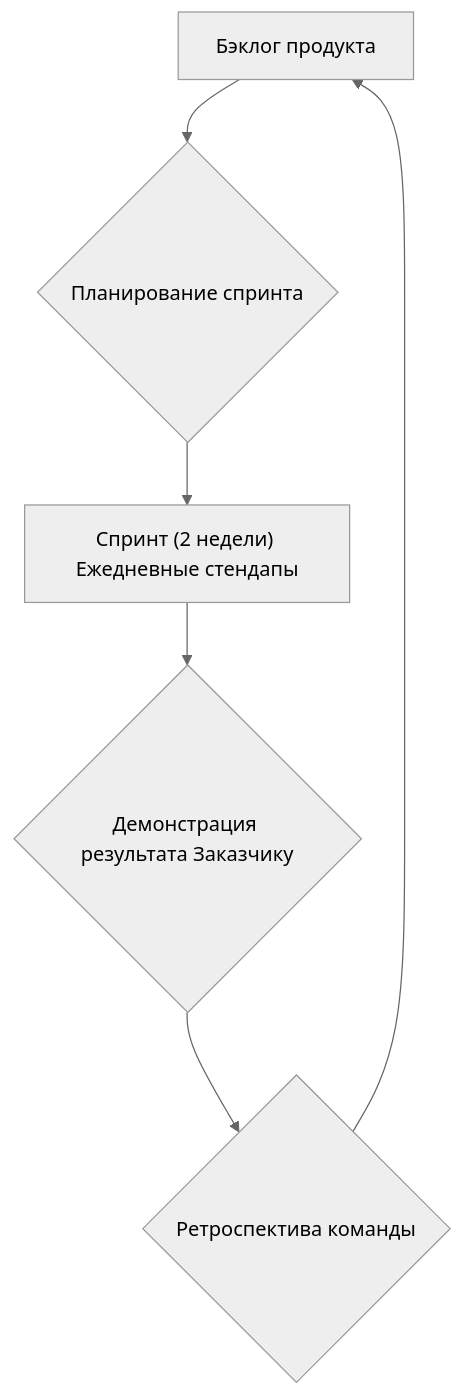
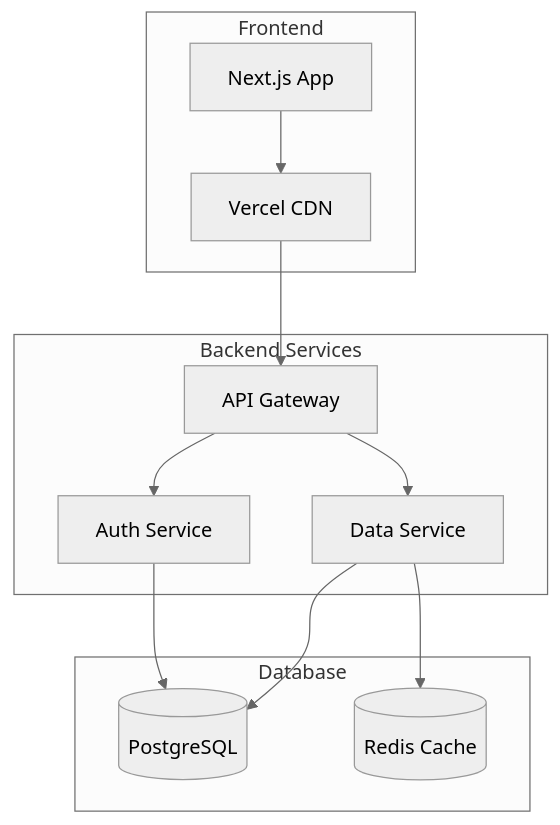
One commit to GTFB/probo changed the fifth of 5 diagrams in content/1.mdx. Above: the diagram before and after it, drawn with Mermaid (neutral theme). The commit also changed other lines of this file and 30 other files, not shown here.

First line of the commit message:
Fix Mermaid diagrams rendering and styling issues

````diff
--- a/content/1.mdx
+++ b/content/1.mdx
@@ -83,13 +299,32 @@
 ```mermaid
 %% zoom: true
 %% height: 60vh
 %% zoom-min: 0.5
 %% zoom-max: 3
 %% zoom-initial: 0.8
-graph TD
-    A["Бэклог продукта"] --> B{"Планирование спринта"}
-    B --> C["Спринт (2 недели) Ежедневные стендапы"]
-    C --> D{"Демонстрация результата Заказчику"}
-    D --> E{"Ретроспектива команды"}
-    E --> A
+%% disable-tooltip: true
+graph TB
+    subgraph "Frontend"
+        A[Next.js App]
+        B[Vercel CDN]
+    end
+    
+    subgraph "Backend Services"
+        C[API Gateway]
+        D[Auth Service]
+        E[Data Service]
+    end
+    
+    subgraph "Database"
+        F[(PostgreSQL)]
+        G[(Redis Cache)]
+    end
+    
+    A --> B
+    B --> C
+    C --> D
+    C --> E
+    D --> F
+    E --> F
+    E --> G
 ```
````
